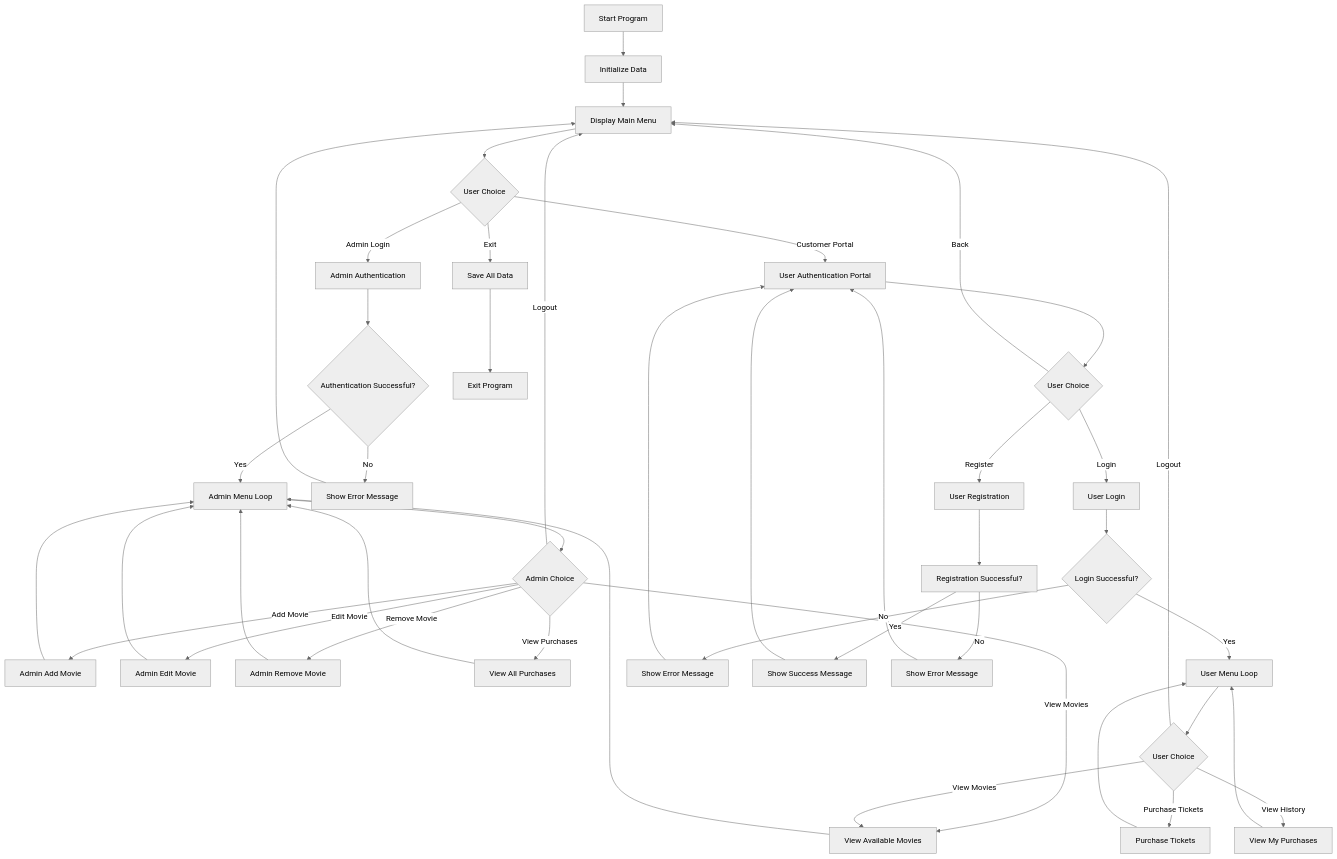
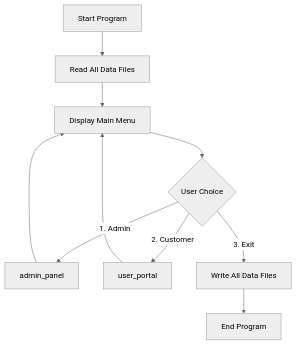
Before and after one commit to QUENJiX/test.github.io: the first of 3 diagrams in README.md, drawn with Mermaid (neutral theme). The commit also changed other lines of this file, not shown here.

````diff
--- a/README.md
+++ b/README.md
@@ -365,46 +313,12 @@
 ```mermaid
 graph TD
-    A[Start Program] --> B[Initialize Data]
+    A[Start Program] --> B[Read All Data Files]
     B --> C[Display Main Menu]
     C --> D{User Choice}
-    D -->|Admin Login| E[Admin Authentication]
-    D -->|Customer Portal| F[User Authentication Portal]
-    D -->|Exit| G[Save All Data]
-    E --> H{Authentication Successful?}
-    H -->|Yes| I[Admin Menu Loop]
-    H -->|No| J[Show Error Message]
-    J --> C
-    I --> K{Admin Choice}
-    K -->|Add Movie| L[Admin Add Movie]
-    K -->|Edit Movie| M[Admin Edit Movie]
-    K -->|Remove Movie| N[Admin Remove Movie]
-    K -->|View Movies| O[View Available Movies]
-    K -->|View Purchases| P[View All Purchases]
-    K -->|Logout| C
-    L --> I
-    M --> I
-    N --> I
-    O --> I
-    P --> I
-    F --> Q{User Choice}
-    Q -->|Login| R[User Login]
-    Q -->|Register| S[User Registration]
-    Q -->|Back| C
-    R --> T{Login Successful?}
-    T -->|Yes| U[User Menu Loop]
-    T -->|No| V[Show Error Message]
-    V --> F
-    S --> W[Registration Successful?]
-    W -->|Yes| X[Show Success Message]
-    W -->|No| Y[Show Error Message]
-    X --> F
-    Y --> F
-    U --> Z{User Choice}
-    Z -->|View Movies| O
-    Z -->|Purchase Tickets| AA[Purchase Tickets]
-    Z -->|View History| AB[View My Purchases]
-    Z -->|Logout| C
-    AA --> U
-    AB --> U
-    G --> AC[Exit Program]
+    D -->|1. Admin| E[admin_panel]
+    D -->|2. Customer| F[user_portal]
+    D -->|3. Exit| G[Write All Data Files]
+    E --> C
+    F --> C
+    G --> H[End Program]
 ```
````
